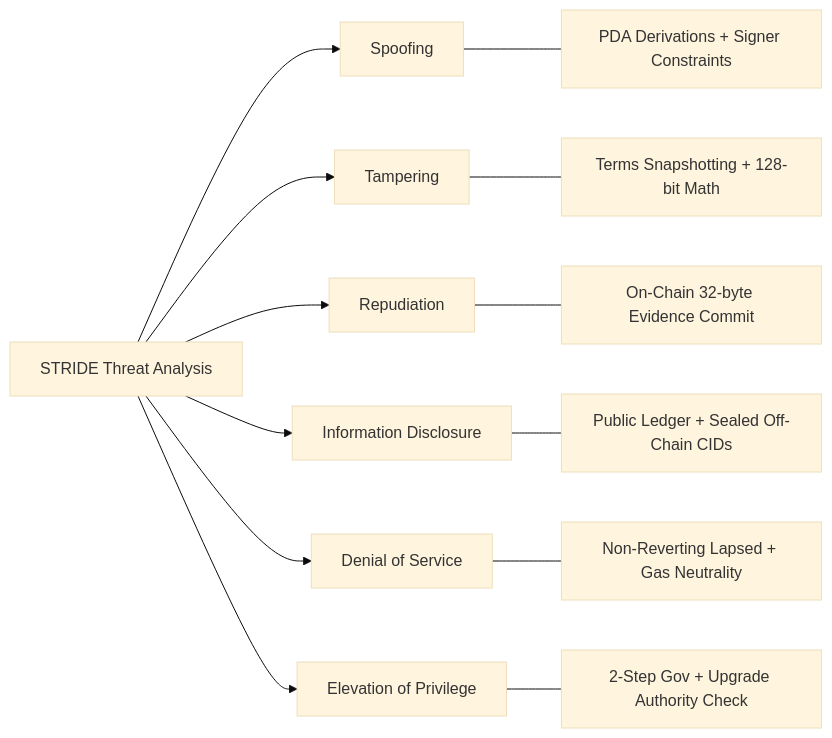
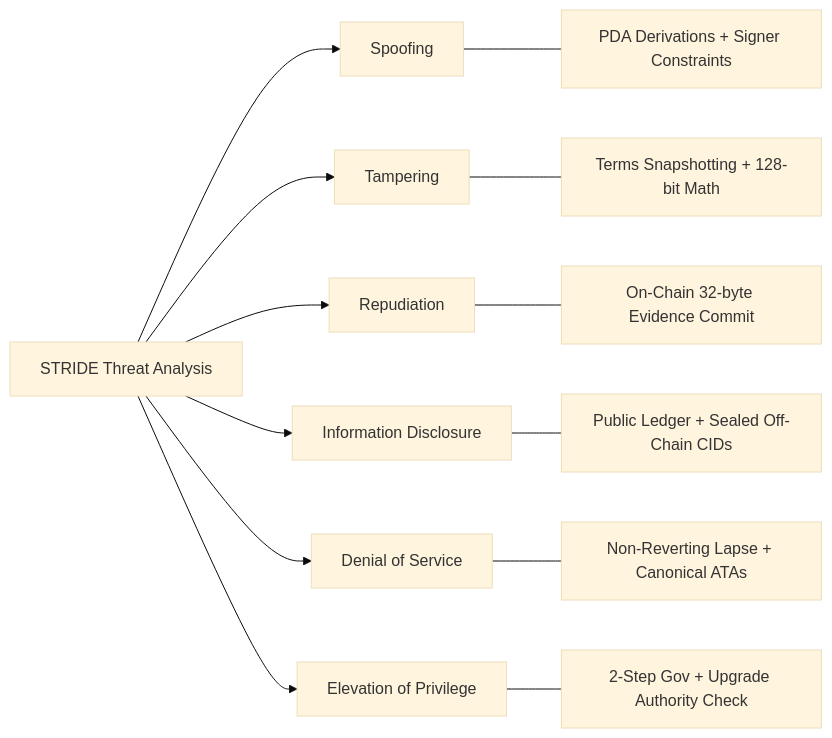
The second of 4 diagrams in docs/SECURITY_AUDIT.md (Anon1one/recora), drawn with Mermaid (base theme) before and after one commit. The commit also changed other lines of this file and 4 other files, not shown here.

````diff
--- a/docs/SECURITY_AUDIT.md
+++ b/docs/SECURITY_AUDIT.md
@@ -96,17 +95,17 @@
 ```mermaid
 flowchart LR
     Threat["STRIDE Threat Analysis"]
     Threat --> S["Spoofing"]
     Threat --> T["Tampering"]
     Threat --> R["Repudiation"]
     Threat --> I["Information Disclosure"]
     Threat --> D["Denial of Service"]
     Threat --> E["Elevation of Privilege"]
 
     S --- S_sol["PDA Derivations + Signer Constraints"]
     T --- T_sol["Terms Snapshotting + 128-bit Math"]
     R --- R_sol["On-Chain 32-byte Evidence Commit"]
     I --- I_sol["Public Ledger + Sealed Off-Chain CIDs"]
-    D --- D_sol["Non-Reverting Lapsed + Gas Neutrality"]
+    D --- D_sol["Non-Reverting Lapse + Canonical ATAs"]
     E --- E_sol["2-Step Gov + Upgrade Authority Check"]
 ```
````
